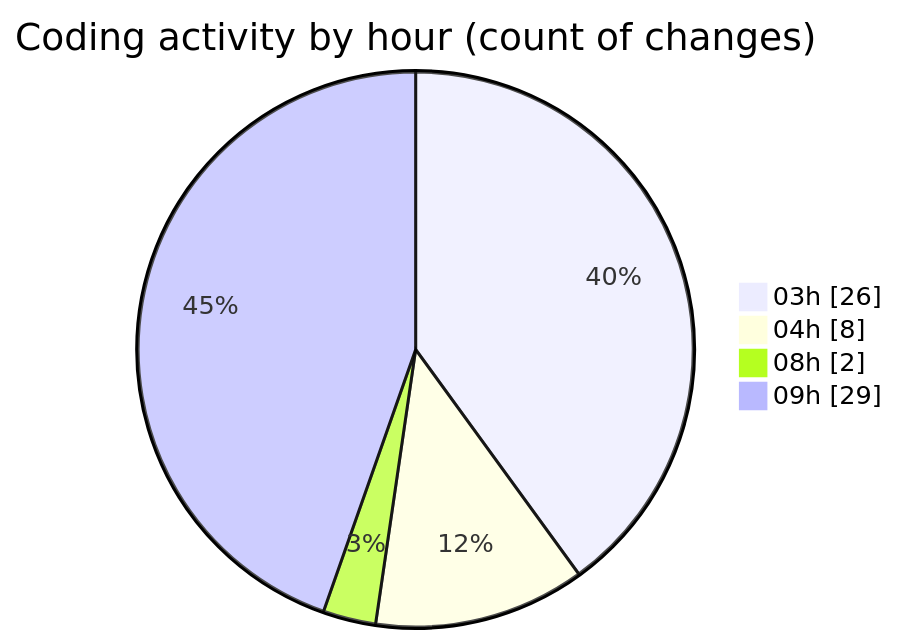
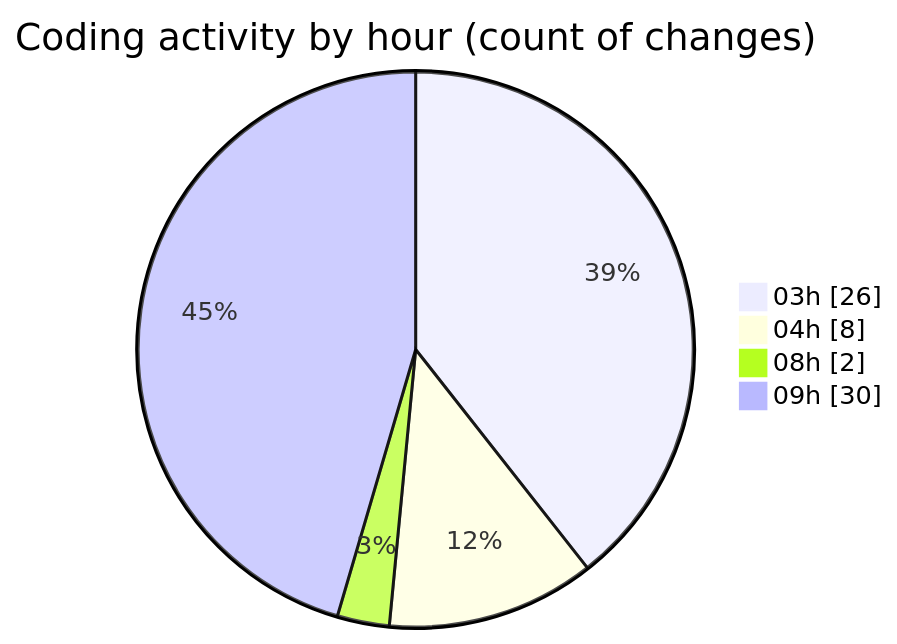
The second of 2 diagrams in 2025-06-20/modeljsondesigner/README.md (JenPaints/code-tracking), drawn with Mermaid before and after one commit. The commit also changed other lines of this file and 1 other file, not shown here.

````diff
--- a/2025-06-20/modeljsondesigner/README.md
+++ b/2025-06-20/modeljsondesigner/README.md
@@ -46,8 +46,8 @@
 ```mermaid
 pie showData
 title Coding activity by hour (count of changes)
 "03h" : 26
 "04h" : 8
 "08h" : 2
-"09h" : 29
+"09h" : 30
 ```
````
